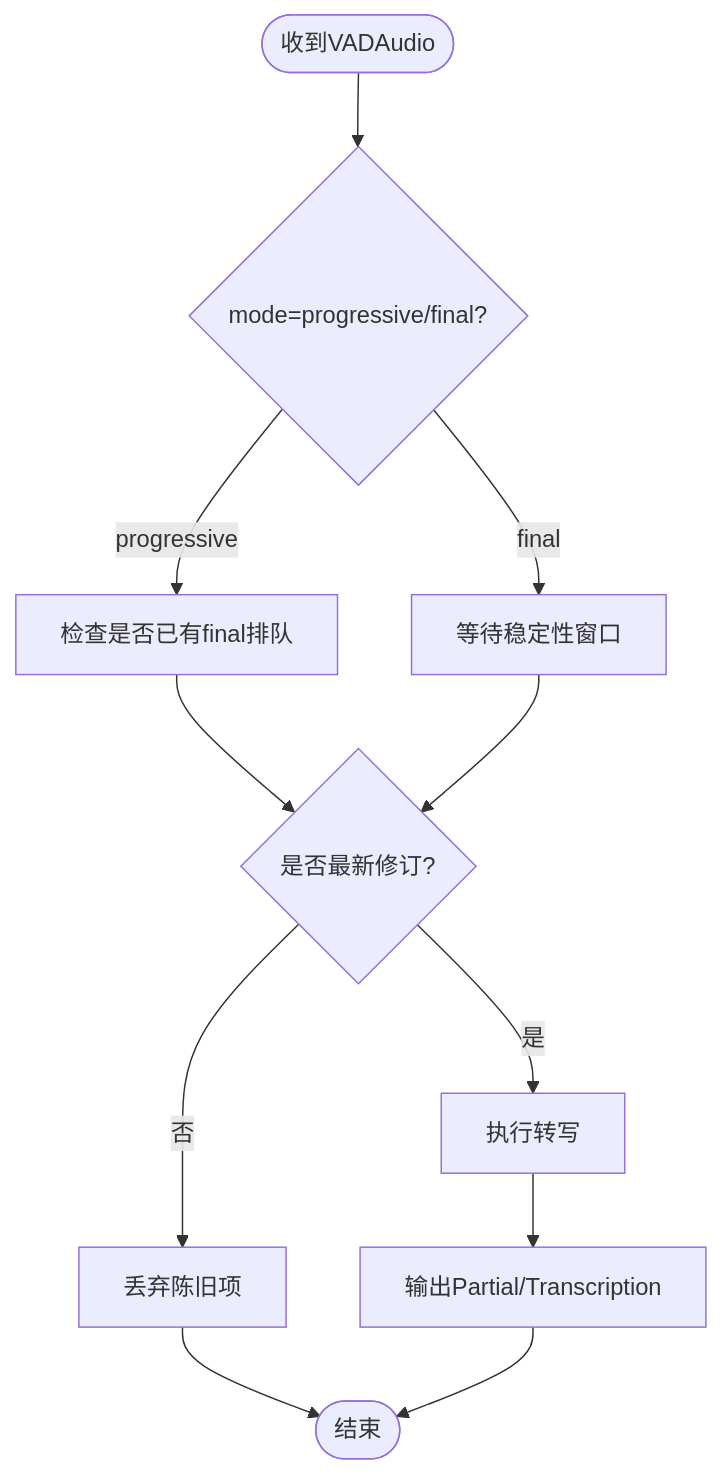
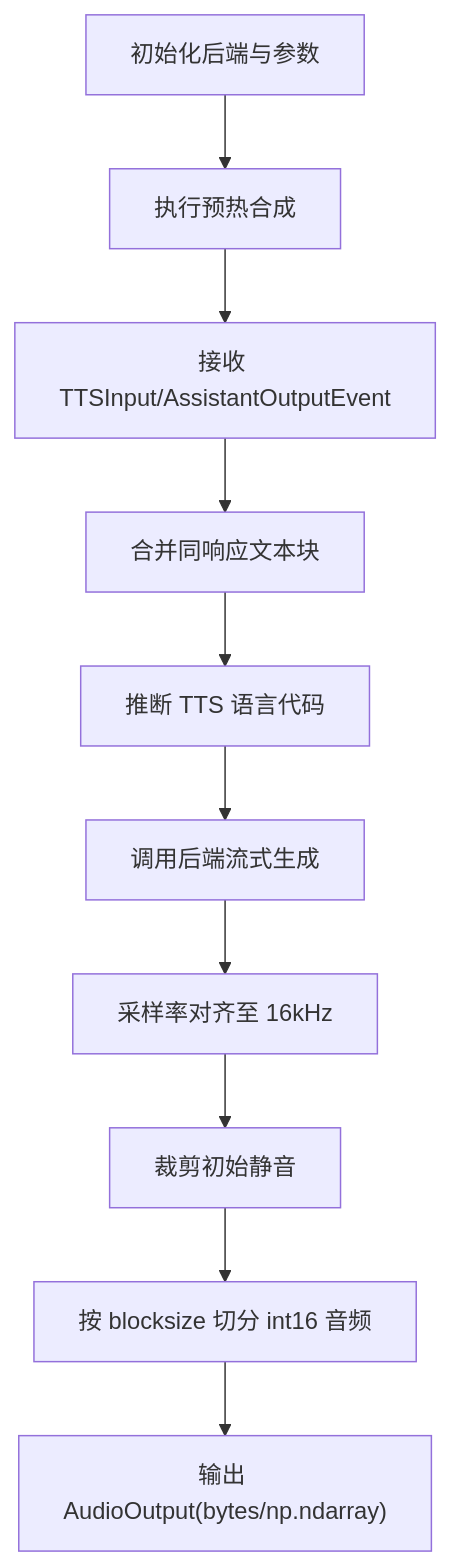
Before and after one commit to joezxh/speech-to-speech: the sixth of 10 diagrams in .qoder/repowiki/zh/content/核心架构/核心架构.md, drawn with Mermaid. The commit also changed other lines of this file and 202 other files, not shown here.

````diff
--- a/.qoder/repowiki/zh/content/核心架构/核心架构.md
+++ b/.qoder/repowiki/zh/content/核心架构/核心架构.md
@@ -211,13 +285,12 @@
 ```mermaid
 flowchart TD
-In(["收到VADAudio"]) --> ModeCheck{"mode=progressive/final?"}
-ModeCheck --> |progressive| Gate["检查是否已有final排队"]
-ModeCheck --> |final| WaitStability["等待稳定性窗口"]
-Gate --> Latest{"是否最新修订?"}
-WaitStability --> Latest
-Latest --> |否| Drop["丢弃陈旧项"]
-Latest --> |是| Transcribe["执行转写"]
-Transcribe --> Emit["输出Partial/Transcription"]
-Drop --> End(["结束"])
-Emit --> End
+Setup["初始化后端与参数"] --> Warmup["执行预热合成"]
+Warmup --> ProcessInput["接收 TTSInput/AssistantOutputEvent"]
+ProcessInput --> Coalesce["合并同响应文本块"]
+Coalesce --> InferLang["推断 TTS 语言代码"]
+InferLang --> GenStream["调用后端流式生成"]
+GenStream --> Resample["采样率对齐至 16kHz"]
+Resample --> TrimSilence["裁剪初始静音"]
+TrimSilence --> Chunk["按 blocksize 切分 int16 音频"]
+Chunk --> Emit["输出 AudioOutput(bytes/np.ndarray)"]
 ```
````
